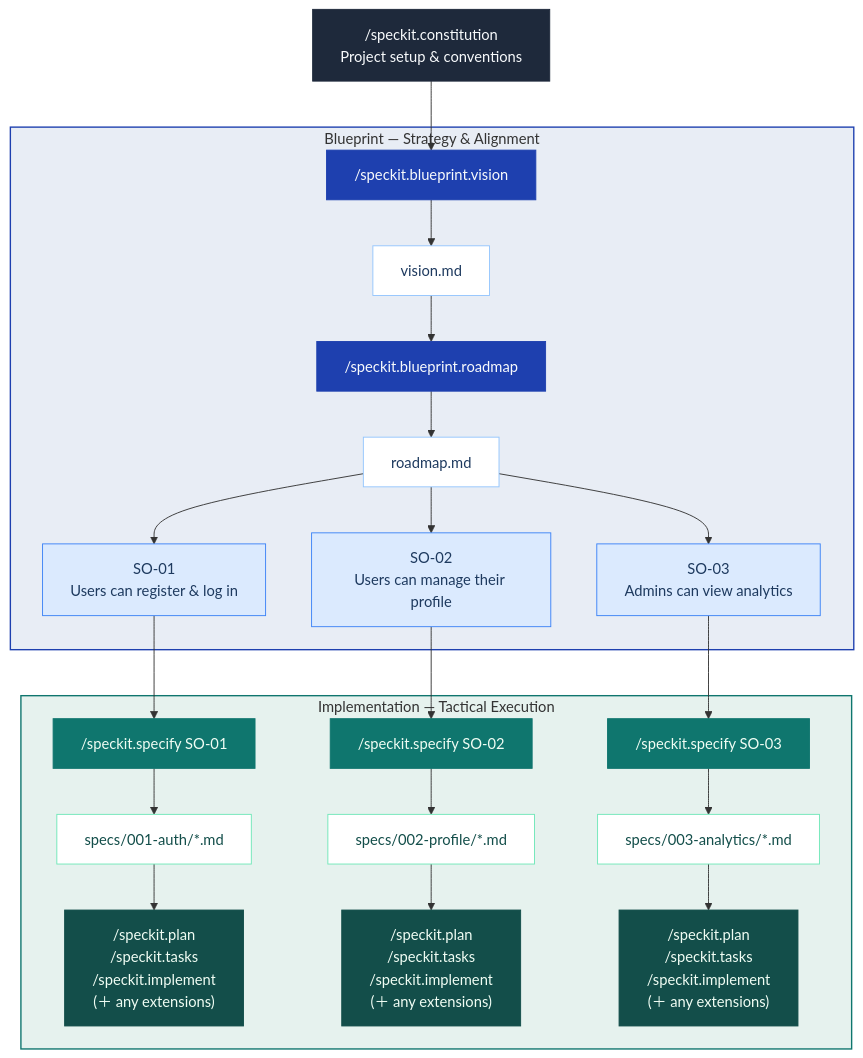
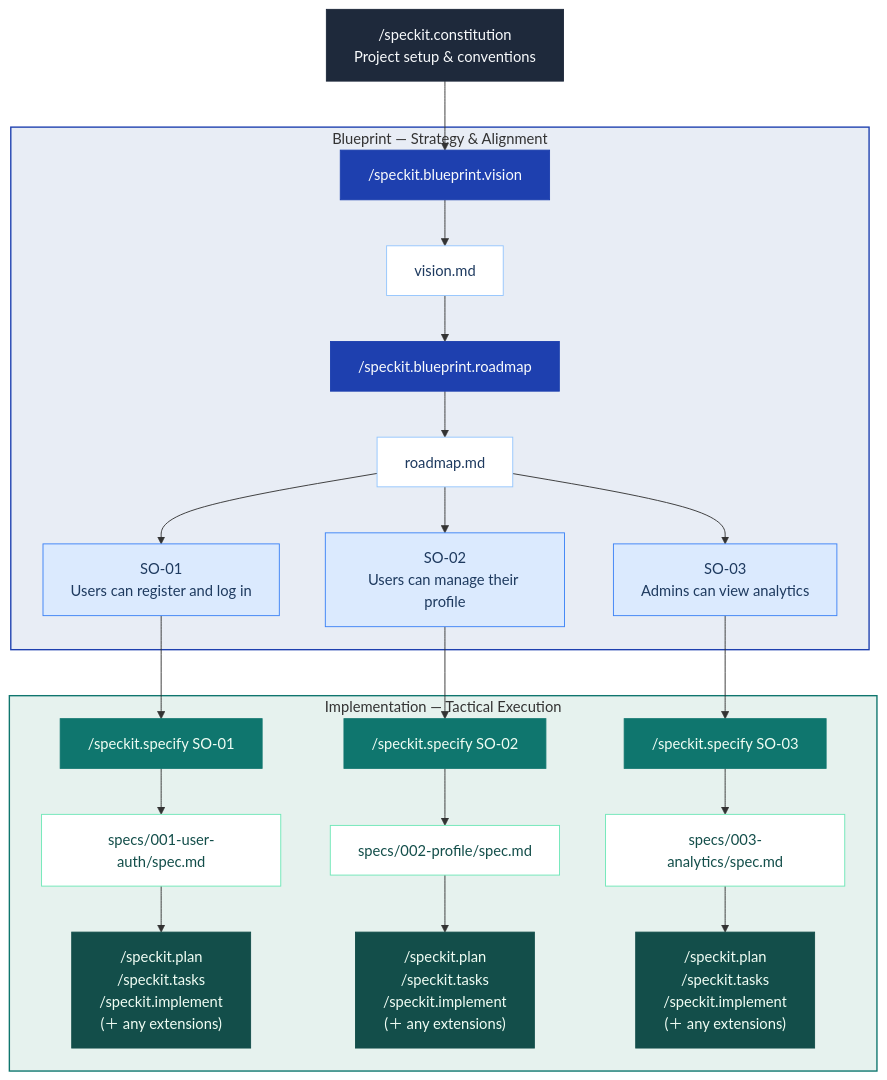
Before and after one commit to jaeryun/spec-kit-blueprint: the diagram in README.md, drawn with Mermaid. The commit also changed other lines of this file and 2 other files, not shown here.

````diff
--- a/README.md
+++ b/README.md
@@ -11,47 +11,47 @@
 ```mermaid
 flowchart TD
     A["/speckit.constitution\nProject setup & conventions"] --> B
 
     subgraph bp ["Blueprint — Strategy & Alignment"]
         B["/speckit.blueprint.vision"]
         B --> C["vision.md"]
         C --> D["/speckit.blueprint.roadmap"]
         D --> R["roadmap.md"]
-        R --> SO1["SO-01\nUsers can register & log in"]
+        R --> SO1["SO-01\nUsers can register and log in"]
         R --> SO2["SO-02\nUsers can manage their profile"]
         R --> SO3["SO-03\nAdmins can view analytics"]
     end
 
     SO1 --> F
     SO2 --> G
     SO3 --> H
 
     subgraph impl ["Implementation — Tactical Execution"]
-        F["/speckit.specify SO-01"] --> spec1["specs/001-auth/*.md"]
-        G["/speckit.specify SO-02"] --> spec2["specs/002-profile/*.md"]
-        H["/speckit.specify SO-03"] --> spec3["specs/003-analytics/*.md"]
+        F["/speckit.specify SO-01"] --> spec1["specs/001-user-auth/spec.md"]
+        G["/speckit.specify SO-02"] --> spec2["specs/002-profile/spec.md"]
+        H["/speckit.specify SO-03"] --> spec3["specs/003-analytics/spec.md"]
         spec1 --> NEXT1["/speckit.plan\n/speckit.tasks\n/speckit.implement\n(＋ any extensions)"]
         spec2 --> NEXT2["/speckit.plan\n/speckit.tasks\n/speckit.implement\n(＋ any extensions)"]
         spec3 --> NEXT3["/speckit.plan\n/speckit.tasks\n/speckit.implement\n(＋ any extensions)"]
     end
 
     style bp fill:#e8edf5,stroke:#1e40af,stroke-width:1.5px
     style impl fill:#e6f2ee,stroke:#0f766e,stroke-width:1.5px
     style A fill:#1e293b,stroke:#1e293b,color:#f8fafc
     style B fill:#1e40af,stroke:#1e40af,color:#f8fafc
     style C fill:#ffffff,stroke:#93c5fd,color:#1e3a5f
     style D fill:#1e40af,stroke:#1e40af,color:#f8fafc
     style R fill:#ffffff,stroke:#93c5fd,color:#1e3a5f
     style SO1 fill:#dbeafe,stroke:#3b82f6,color:#1e3a5f
     style SO2 fill:#dbeafe,stroke:#3b82f6,color:#1e3a5f
     style SO3 fill:#dbeafe,stroke:#3b82f6,color:#1e3a5f
     style F fill:#0f766e,stroke:#0f766e,color:#f0fdf4
     style G fill:#0f766e,stroke:#0f766e,color:#f0fdf4
     style H fill:#0f766e,stroke:#0f766e,color:#f0fdf4
     style spec1 fill:#ffffff,stroke:#6ee7b7,color:#134e4a
     style spec2 fill:#ffffff,stroke:#6ee7b7,color:#134e4a
     style spec3 fill:#ffffff,stroke:#6ee7b7,color:#134e4a
     style NEXT1 fill:#134e4a,stroke:#134e4a,color:#f0fdf4
     style NEXT2 fill:#134e4a,stroke:#134e4a,color:#f0fdf4
     style NEXT3 fill:#134e4a,stroke:#134e4a,color:#f0fdf4
 ```
````
